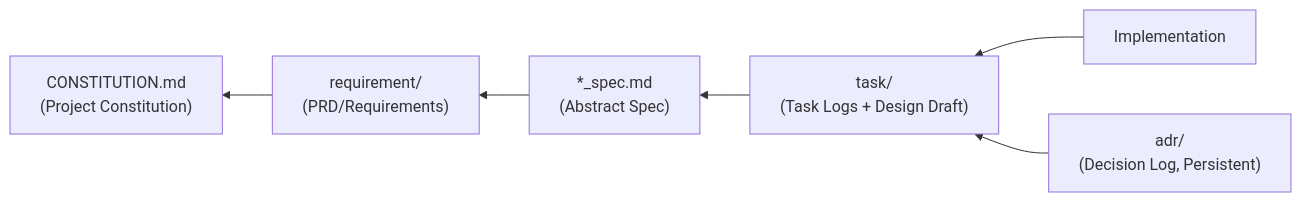
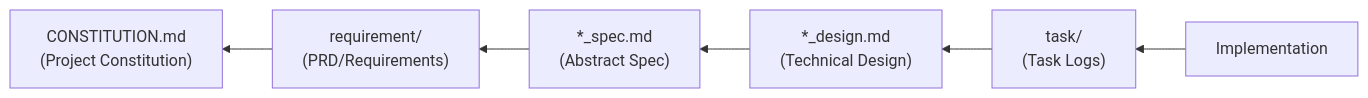
Before and after one commit to ToshikiImagawa/ai-sdd-workflow-dev: the diagram in .sdd/AI-SDD-PRINCIPLES.md, drawn with Mermaid. The commit also changed other lines of this file and 3 other files, not shown here.

````diff
--- a/.sdd/AI-SDD-PRINCIPLES.md
+++ b/.sdd/AI-SDD-PRINCIPLES.md
@@ -321,8 +295,8 @@
 ```mermaid
 graph RL
-    IMPL[Implementation] --> TASK["task/<br/>(Task Logs + Design Draft)"]
-    TASK --> SPEC["*_spec.md<br/>(Abstract Spec)"]
+    IMPL[Implementation] --> TASK["task/<br/>(Task Logs)"]
+    TASK --> DESIGN["*_design.md<br/>(Technical Design)"]
+    DESIGN --> SPEC["*_spec.md<br/>(Abstract Spec)"]
     SPEC --> PRD["requirement/<br/>(PRD/Requirements)"]
     PRD --> CONST["CONSTITUTION.md<br/>(Project Constitution)"]
-    ADR["adr/<br/>(Decision Log, Persistent)"] --> TASK
 ```
````
